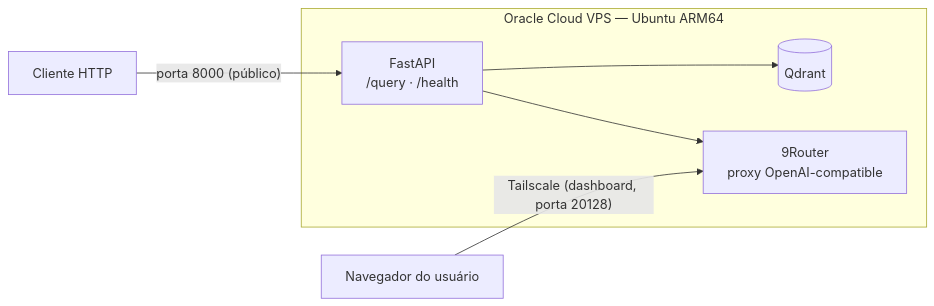
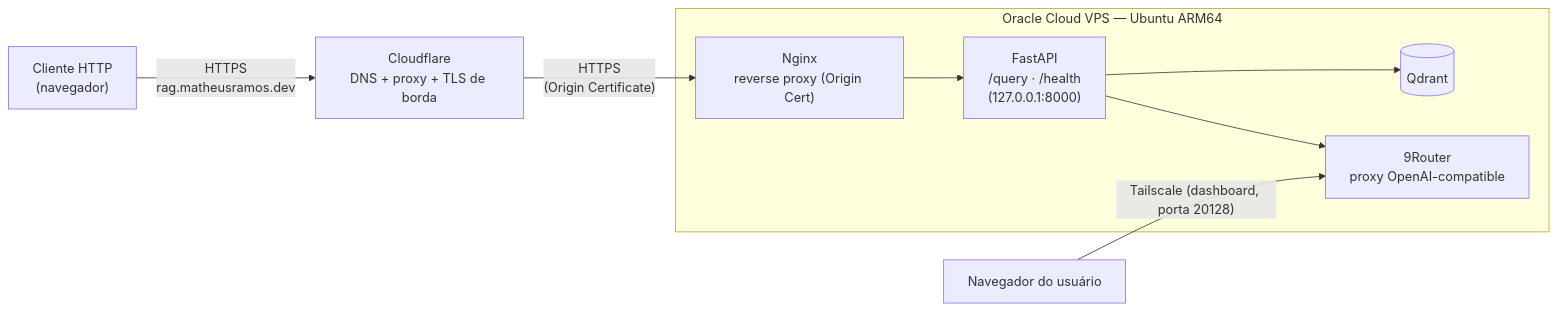
One commit to goptun/rag-knowledge-assistant changed the second of 2 diagrams in README.md. Above: the diagram before and after it, drawn with Mermaid. The commit also changed other lines of this file, not shown here.

Commit message:
docs: atualiza README com domínio próprio, HTTPS via Cloudflare+Nginx e fechamento da porta 8000

````diff
--- a/README.md
+++ b/README.md
@@ -57,9 +57,13 @@
 ```mermaid
 flowchart LR
+    Cliente["Cliente HTTP<br/>(navegador)"] -- "HTTPS<br/>rag.matheusramos.dev" --> CF["Cloudflare<br/>DNS + proxy + TLS de borda"]
+
     subgraph VPS["Oracle Cloud VPS — Ubuntu ARM64"]
-        API["FastAPI<br/>/query · /health"] --> QD[("Qdrant")]
+        Nginx["Nginx<br/>reverse proxy (Origin Cert)"] --> API["FastAPI<br/>/query · /health<br/>(127.0.0.1:8000)"]
+        API --> QD[("Qdrant")]
         API --> Router["9Router<br/>proxy OpenAI-compatible"]
     end
-    Cliente["Cliente HTTP"] -- "porta 8000 (público)" --> API
+
+    CF -- "HTTPS<br/>(Origin Certificate)" --> Nginx
     Admin["Navegador do usuário"] -- "Tailscale (dashboard, porta 20128)" --> Router
 ```
````
